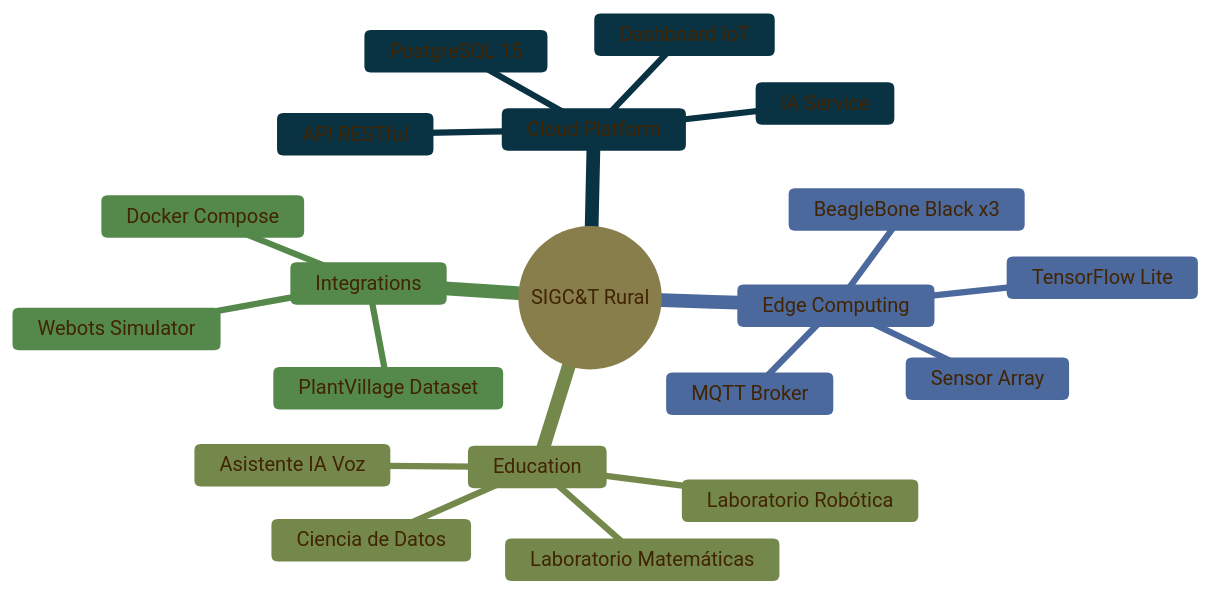
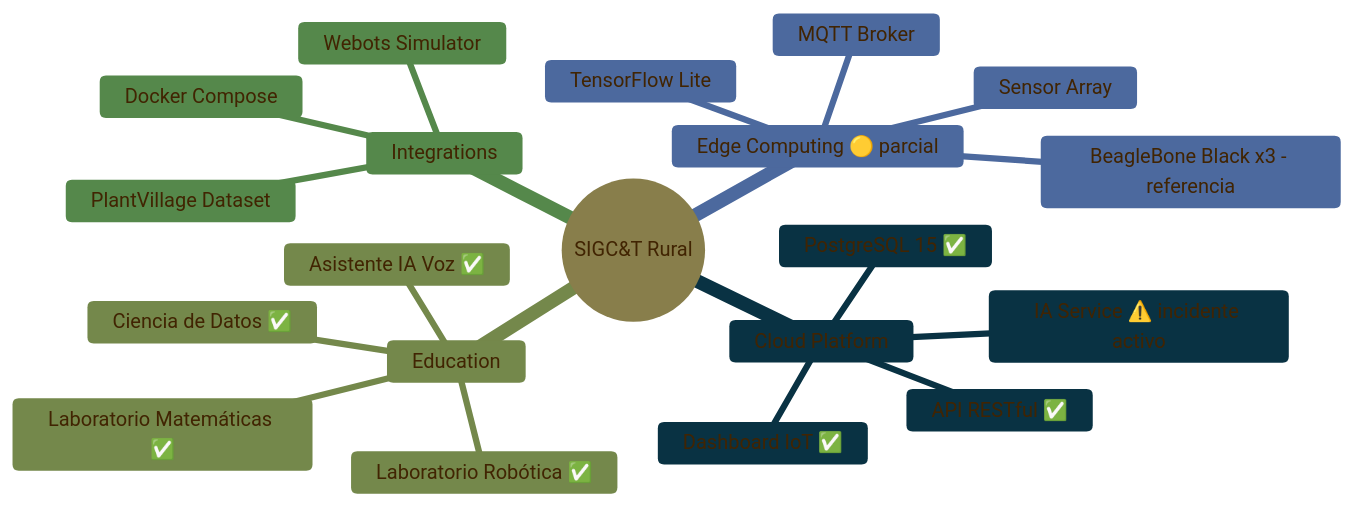
One commit to badolgm/sigcTiArural changed the first of 5 diagrams in README.md. Above: the diagram before and after it, drawn with Mermaid. The commit also changed other lines of this file and 1 other file, not shown here.

````diff
--- a/README.md
+++ b/README.md
@@ -117,24 +151,24 @@
 ```mermaid
 %%{init: {'theme':'base', 'themeVariables': { 'primaryColor':'#c2ba91','primaryTextColor':'#412402','primaryBorderColor':'#3f9999','lineColor':'#6e854349','secondaryColor':'#1887b3','tertiaryColor':'#9badcf'}}}%%
 mindmap
   root((SIGC&T Rural))
     Cloud Platform
-      Dashboard IoT
-      API RESTful
-      PostgreSQL 15
-      IA Service
-    Edge Computing
-      BeagleBone Black x3
+      Dashboard IoT ✅
+      API RESTful ✅
+      PostgreSQL 15 ✅
+      IA Service ⚠️ incidente activo
+    Edge Computing 🟡 parcial
+      BeagleBone Black x3 - referencia
       MQTT Broker
       TensorFlow Lite
       Sensor Array
     Education
-      Laboratorio Robótica
-      Laboratorio Matemáticas
-      Ciencia de Datos
-      Asistente IA Voz
+      Laboratorio Robótica ✅
+      Laboratorio Matemáticas ✅
+      Ciencia de Datos ✅
+      Asistente IA Voz ✅
     Integrations
       PlantVillage Dataset
       Webots Simulator
       Docker Compose
 ```
````
